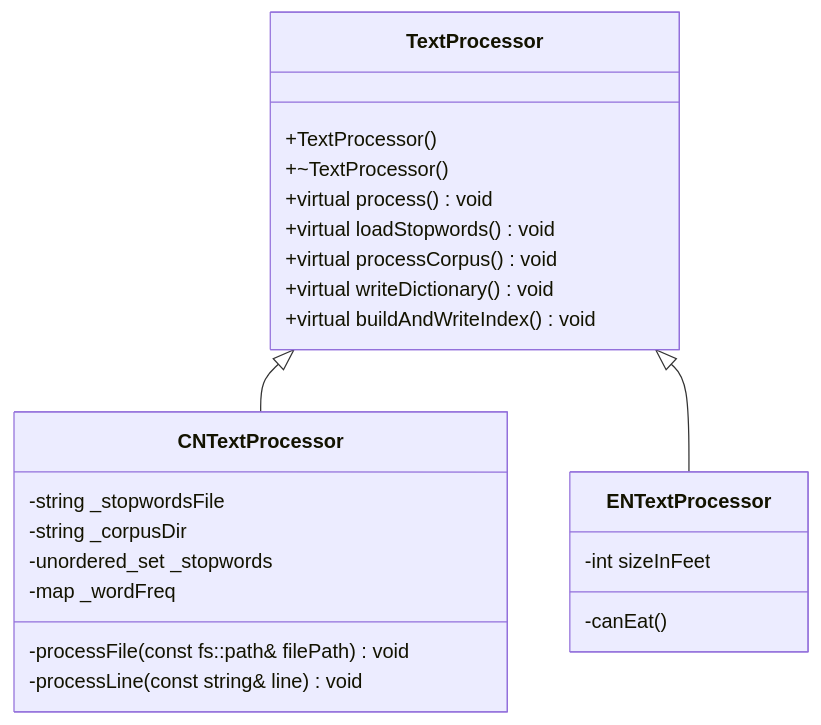
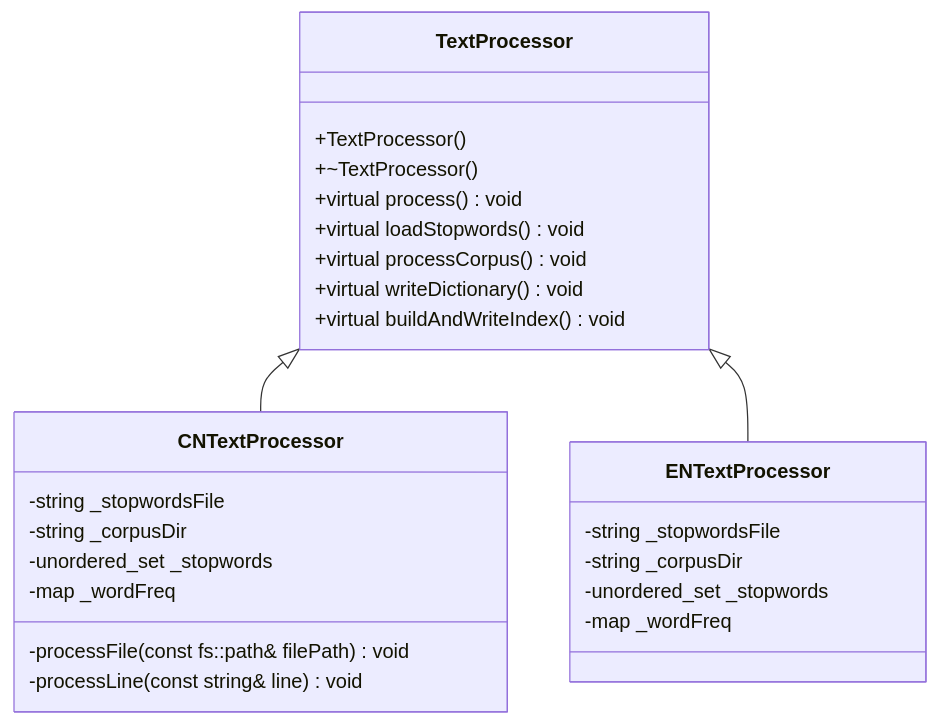
The diagram in all/未命名-1.md (Jason-DancingBoy/iodraw-files), drawn with Mermaid before and after one commit.

Commit message:
2026-01-02 21:16:17 update

````diff
--- a/all/未命名-1.md
+++ b/all/未命名-1.md
@@ -1,28 +1,30 @@
 ```mermaid
 classDiagram
     TextProcessor <|-- CNTextProcessor
     TextProcessor <|-- ENTextProcessor
     TextProcessor: +TextProcessor()
     TextProcessor: +~TextProcessor()
     TextProcessor: +virtual process() void
     TextProcessor: +virtual loadStopwords() void 
     TextProcessor: +virtual processCorpus() void
     TextProcessor: +virtual writeDictionary() void
     TextProcessor: +virtual buildAndWriteIndex() void
     class CNTextProcessor{
       -string _stopwordsFile
       -string _corpusDir
       -unordered_set<string> _stopwords
       -map<string, int> _wordFreq
       -processFile(const fs::path& filePath) void
       -processLine(const string& line) void 
     }
     class ENTextProcessor{
-      -int sizeInFeet
-      -canEat()
+      -string _stopwordsFile
+      -string _corpusDir
+      -unordered_set<string> _stopwords
+      -map<string, int> _wordFreq
     }
     %%  string _stopwordsFile; // 存放停用词文件名
     %%  string _corpusDir; // 存放语料库目录
     %%  unordered_set<string> _stopwords; // 用来存放停用词
     %%  map<string, int> _wordFreq;
 ```
````
